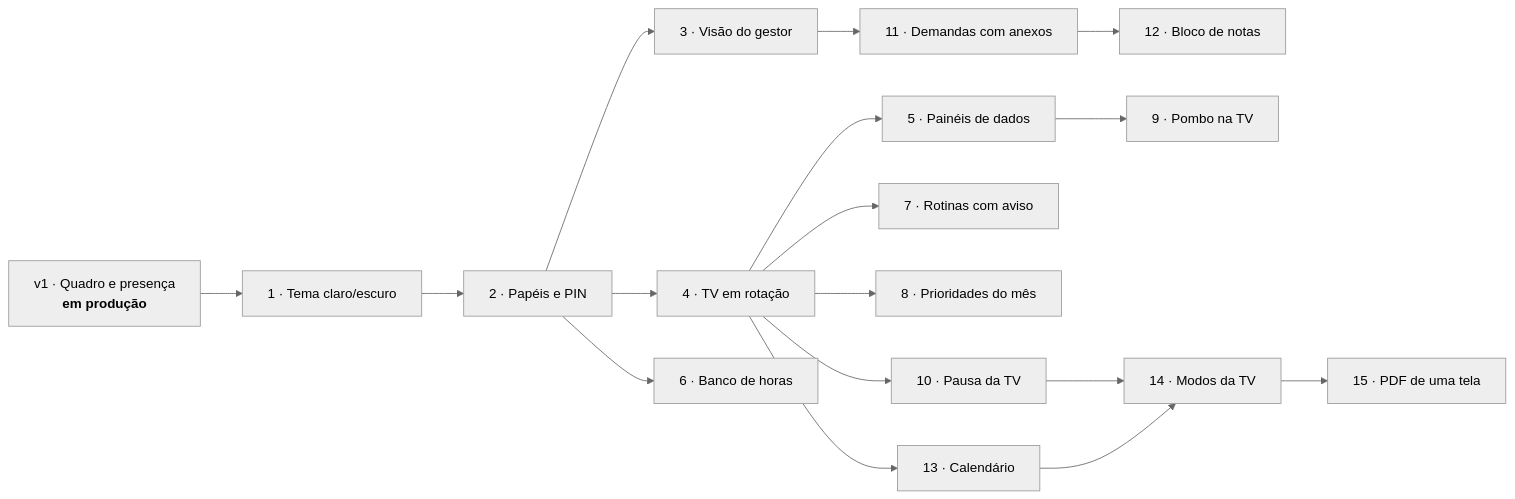
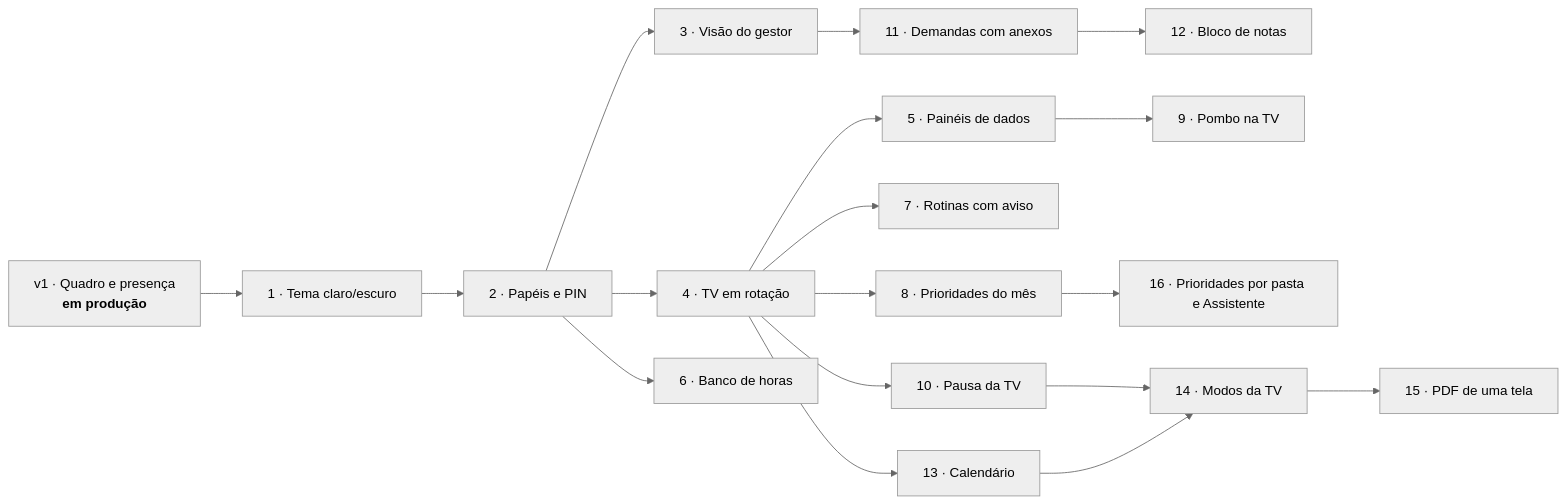
Before and after one commit to fishman2004/hub-analistas: the diagram in docs/roadmap.md, drawn with Mermaid (neutral theme). The commit also changed other lines of this file and 21 other files, not shown here.

First line of the commit message:
feat: prioridades do mês por pasta e o papel Assistente

````diff
--- a/docs/roadmap.md
+++ b/docs/roadmap.md
@@ -5,19 +5,20 @@
 ```mermaid
 flowchart LR
     V1[v1 · Quadro e presença<br><b>em produção</b>] --> F1[1 · Tema claro/escuro]
     F1 --> F2[2 · Papéis e PIN]
     F2 --> F3[3 · Visão do gestor]
     F2 --> F4[4 · TV em rotação]
     F4 --> F5[5 · Painéis de dados]
     F2 --> F6[6 · Banco de horas]
     F4 --> F7[7 · Rotinas com aviso]
     F4 --> F8[8 · Prioridades do mês]
     F5 --> F9[9 · Pombo na TV]
     F4 --> F10[10 · Pausa da TV]
     F3 --> F11[11 · Demandas com anexos]
     F11 --> F12[12 · Bloco de notas]
     F4 --> F13[13 · Calendário]
     F10 --> F14[14 · Modos da TV]
     F13 --> F14
     F14 --> F15[15 · PDF de uma tela]
+    F8 --> F16[16 · Prioridades por pasta e Assistente]
 ```
````
